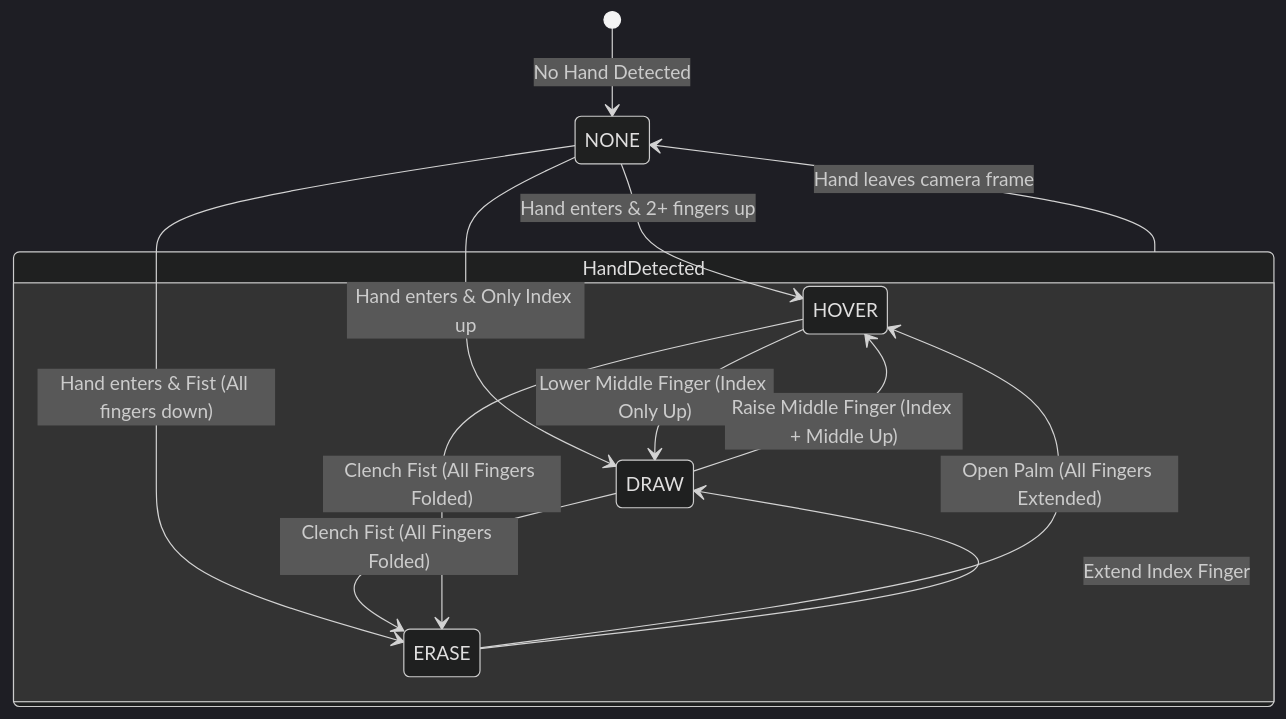
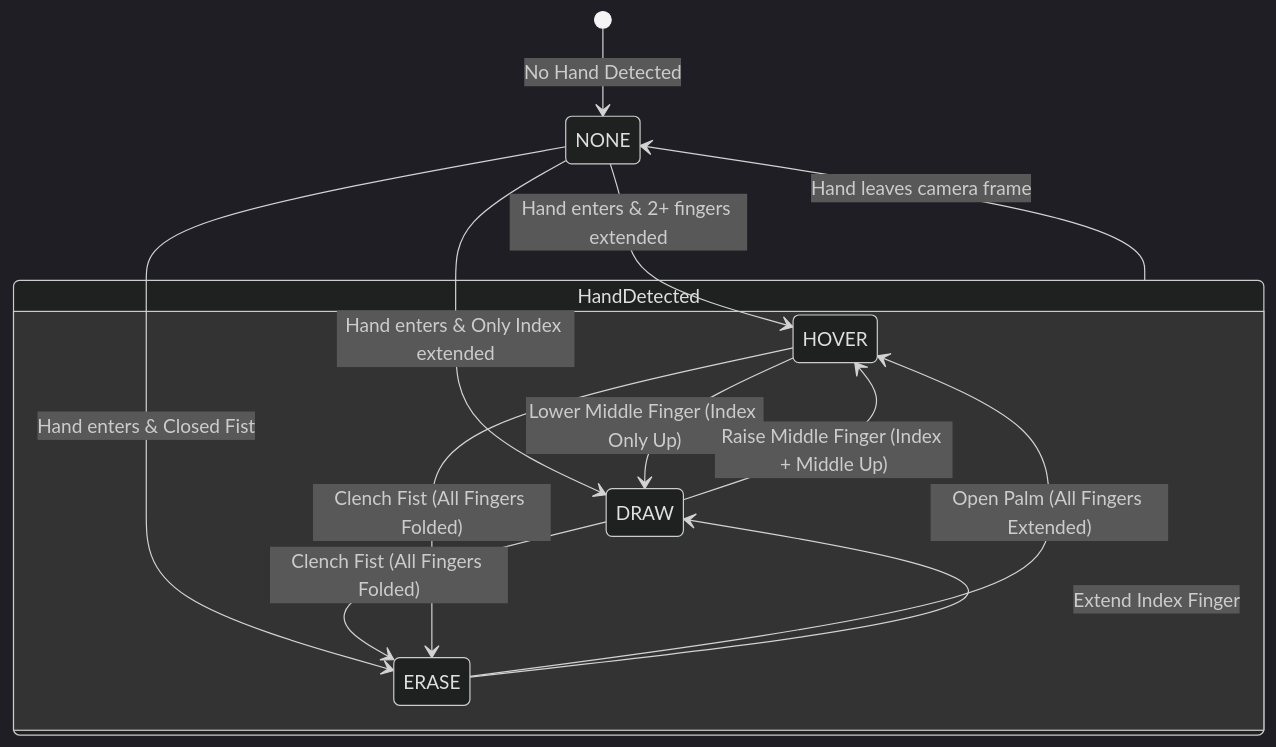
Before and after one commit to AvijatChahar/Air-Draw: the third of 4 diagrams in README.md, drawn with Mermaid (dark theme). The commit also changed other lines of this file, not shown here.

Commit message:
docs: update README with current standalone architecture and gesture guide

````diff
--- a/README.md
+++ b/README.md
@@ -214,19 +181,19 @@
 ```mermaid
 stateDiagram-v2
     [*] --> NONE: No Hand Detected
 
-    NONE --> HOVER: Hand enters & 2+ fingers up
-    NONE --> DRAW: Hand enters & Only Index up
-    NONE --> ERASE: Hand enters & Fist (All fingers down)
+    NONE --> HOVER: Hand enters & 2+ fingers extended
+    NONE --> DRAW: Hand enters & Only Index extended
+    NONE --> ERASE: Hand enters & Closed Fist
 
     state HandDetected {
         HOVER --> DRAW: Lower Middle Finger (Index Only Up)
         DRAW --> HOVER: Raise Middle Finger (Index + Middle Up)
         DRAW --> ERASE: Clench Fist (All Fingers Folded)
         HOVER --> ERASE: Clench Fist (All Fingers Folded)
         ERASE --> HOVER: Open Palm (All Fingers Extended)
         ERASE --> DRAW: Extend Index Finger
     }
 
     HandDetected --> NONE: Hand leaves camera frame
 ```
````
